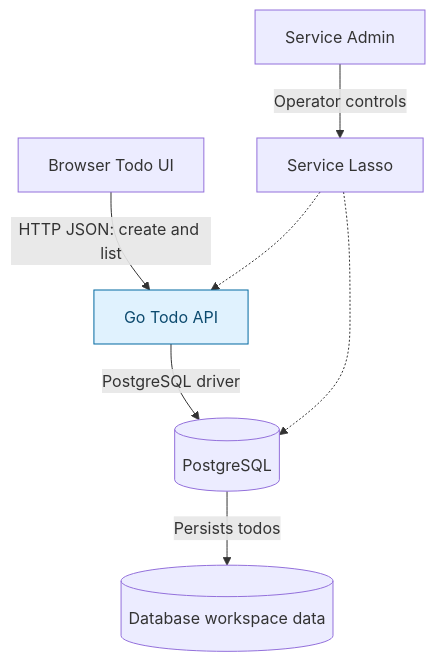
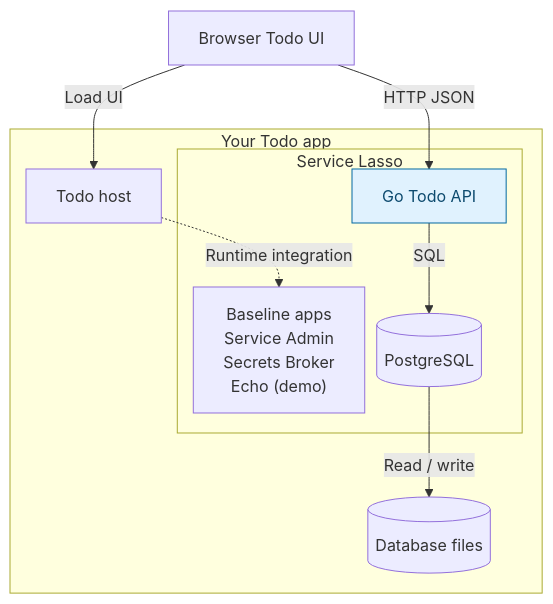
Before and after one commit to service-lasso/service-lasso: the diagram in docs/getting-started/advanced-add-go-todo-api-service.md, drawn with Mermaid. The commit also changed other lines of this file and 4 other files, not shown here.

Commit message:
docs(1656): show cumulative Service Lasso boundaries

````diff
--- a/docs/getting-started/advanced-add-go-todo-api-service.md
+++ b/docs/getting-started/advanced-add-go-todo-api-service.md
@@ -22,13 +20,23 @@
 ```mermaid
+%%{init: {"flowchart": {"nodeSpacing": 12, "rankSpacing": 40}}}%%
 flowchart TB
-  accTitle: Stage 3: Go Todo API
-  accDescr: The Todo UI sends HTTP JSON to a managed Go API, which connects to PostgreSQL. Lasso supervises both services through Service Admin.
-  browser["Browser Todo UI"] -->|HTTP JSON: create and list| api["Go Todo API"]
-  api -->|PostgreSQL driver| db[("PostgreSQL")]
-  db -->|Persists todos| data[("Database workspace data")]
-  admin["Service Admin"] -->|Operator controls| lasso["Service Lasso"]
-  lasso -.-> api
-  lasso -.-> db
+  accTitle: Stage 3: Todo application and managed services
+  accDescr: The Todo application owns its host and storage. Service Lasso manages Service Admin, Secrets Broker and Echo, with PostgreSQL added in stage 2 and a Go Todo API added in stage 3. Local JSON and database files are storage, not services.
+  browser["Browser Todo UI"]
+  subgraph app["Your Todo app"]
+    host["Todo host"]
+    subgraph lasso["Service Lasso"]
+      baseline["Baseline apps<br/>Service Admin<br/>Secrets Broker<br/>Echo (demo)"]
+      api["Go Todo API"]
+      db[("PostgreSQL")]
+    end
+    data[("Database files")]
+  end
+  browser -->|Load UI| host
+  browser -->|HTTP JSON| api
+  api -->|SQL| db
+  db -->|Read / write| data
+  host -. Runtime integration .-> baseline
   classDef added fill:#e0f2fe,stroke:#0369a1,color:#0c4a6e
   class api added
 ```
````
